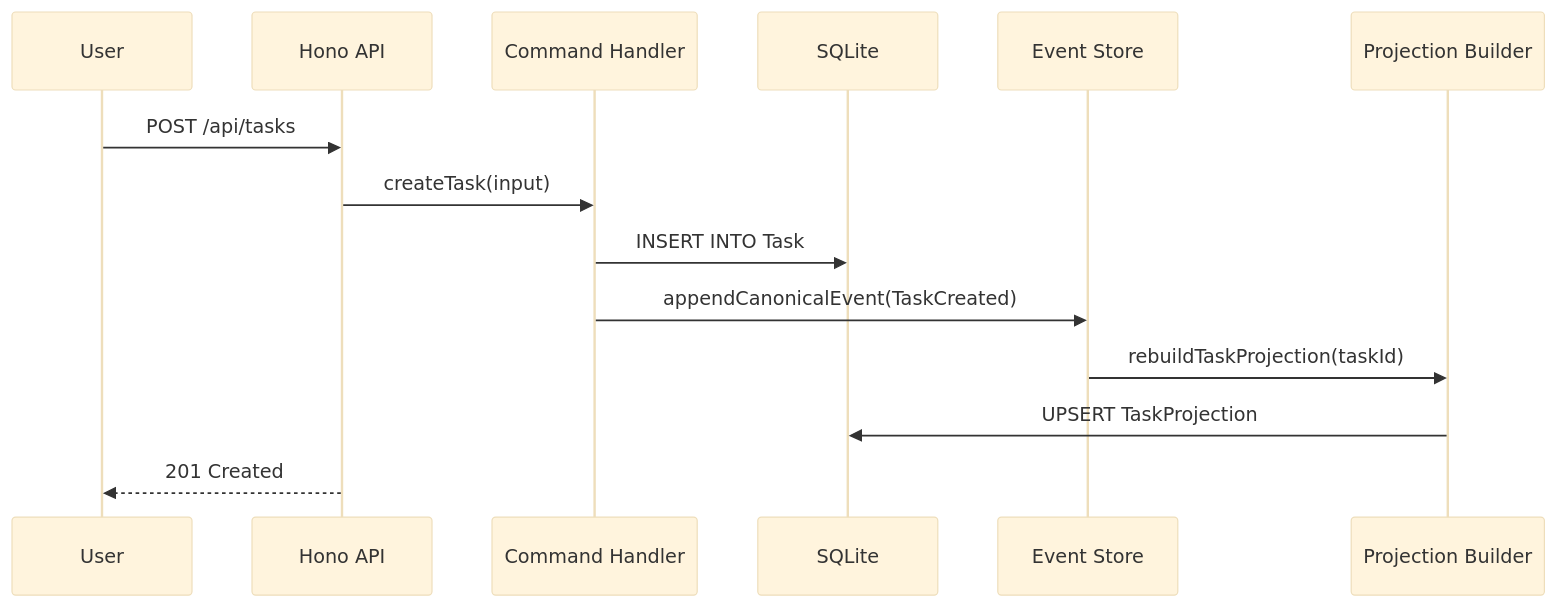
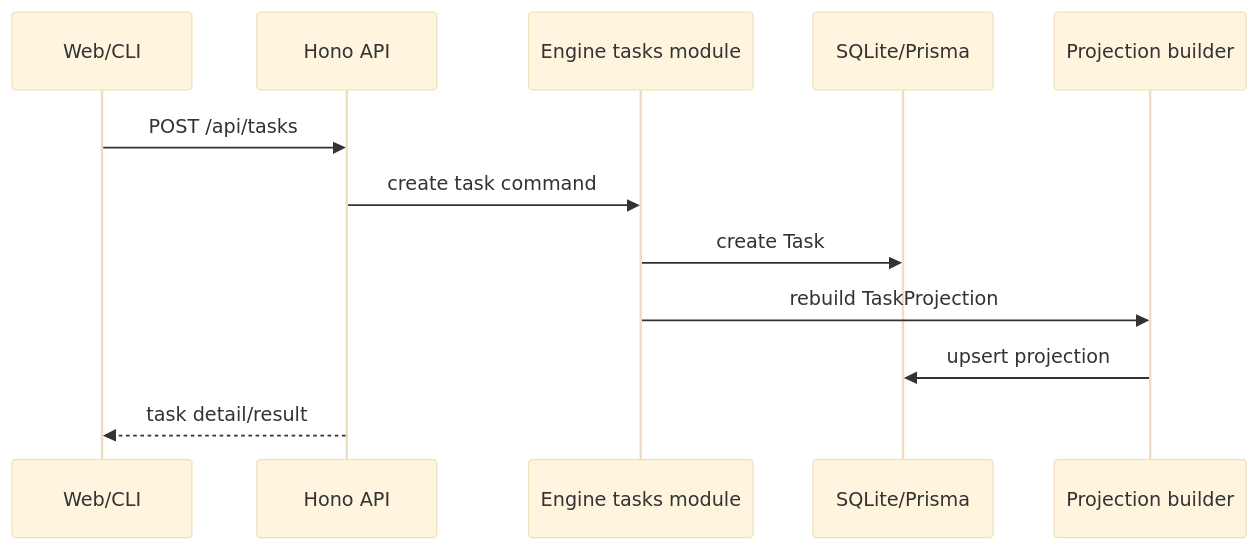
One commit to saya-ashen/Chrona changed the second of 4 diagrams in docs/architecture.md. Above: the diagram before and after it, drawn with Mermaid (base theme). The commit also changed other lines of this file and 53 other files, not shown here.

````diff
--- a/docs/architecture.md
+++ b/docs/architecture.md
@@ -141,17 +69,15 @@
 ```mermaid
 sequenceDiagram
-    participant U as User
-    participant API as Hono API
-    participant CMD as Command Handler
-    participant DB as SQLite
-    participant EVT as Event Store
-    participant PROJ as Projection Builder
+  participant UI as Web/CLI
+  participant API as Hono API
+  participant E as Engine tasks module
+  participant DB as SQLite/Prisma
+  participant P as Projection builder
 
-    U->>API: POST /api/tasks
-    API->>CMD: createTask(input)
-    CMD->>DB: INSERT INTO Task
-    CMD->>EVT: appendCanonicalEvent(TaskCreated)
-    EVT->>PROJ: rebuildTaskProjection(taskId)
-    PROJ->>DB: UPSERT TaskProjection
-    API-->>U: 201 Created
+  UI->>API: POST /api/tasks
+  API->>E: create task command
+  E->>DB: create Task
+  E->>P: rebuild TaskProjection
+  P->>DB: upsert projection
+  API-->>UI: task detail/result
 ```
````
